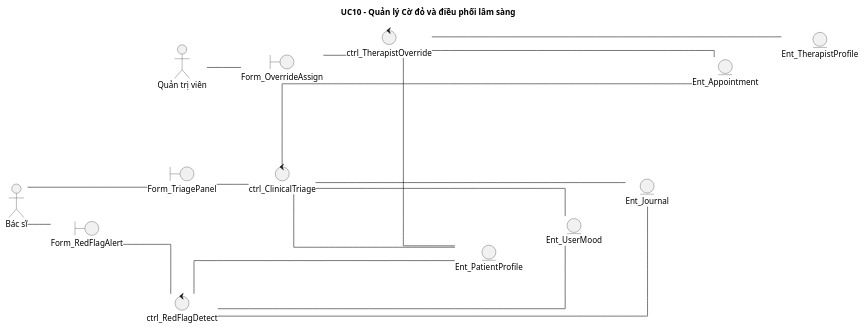
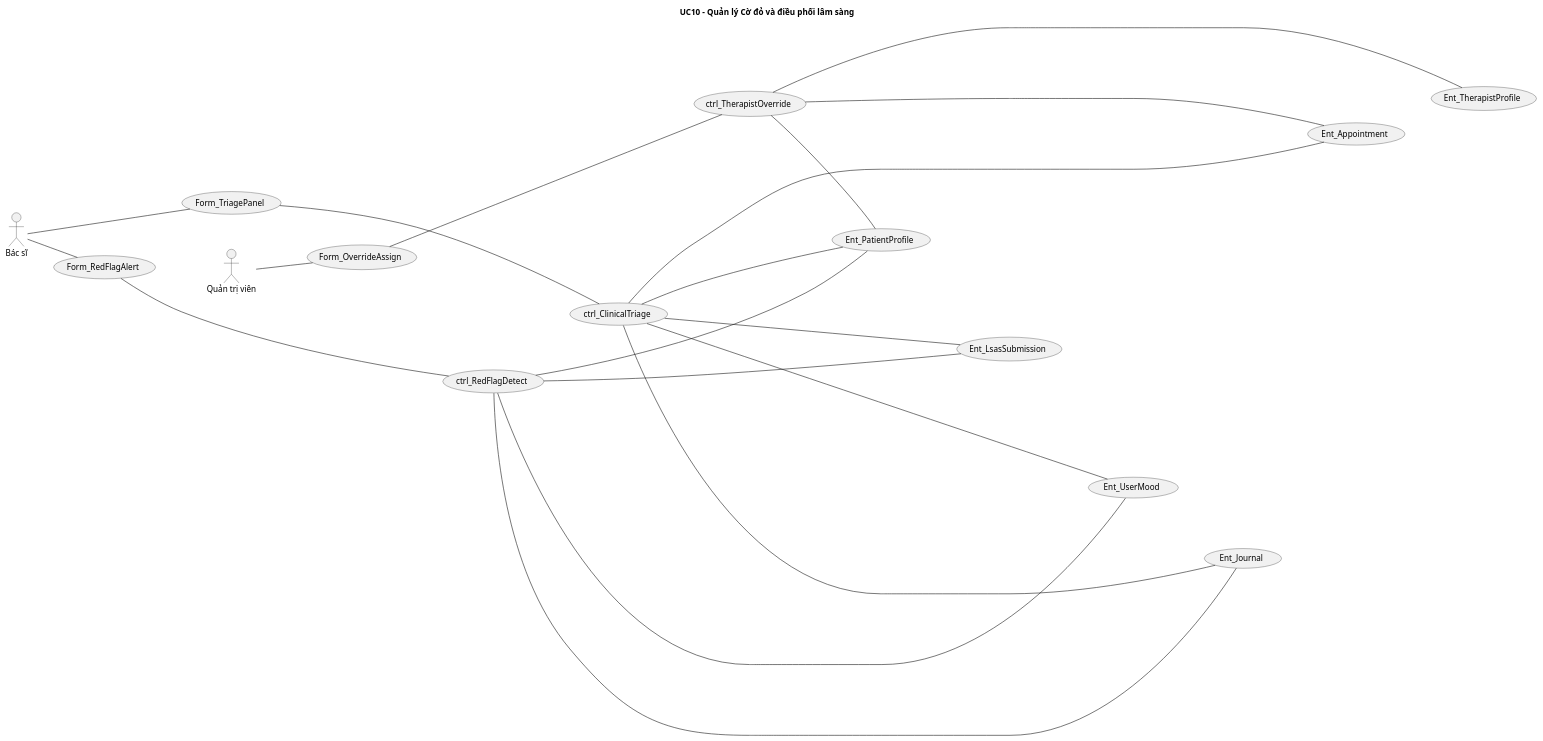
One commit to phuongtech24/do_an changed the diagram in docs/diagrams/Bieudolop/uc10_redflag_triage_bieudolop.puml. Above: the diagram before and after it, drawn with PlantUML. The commit also changed 61 other files, not shown here.

```diff
--- a/docs/diagrams/Bieudolop/uc10_redflag_triage_bieudolop.puml
+++ b/docs/diagrams/Bieudolop/uc10_redflag_triage_bieudolop.puml
@@ -1,47 +1,56 @@
 @startuml
 skinparam defaultFontName "Times New Roman"
 skinparam shadowing false
 skinparam monochrome true
-skinparam linetype ortho
-skinparam nodesep 45
-skinparam ranksep 40
+skinparam nodesep 60
+skinparam ranksep 45
+skinparam usecaseFontSize 14
 title UC10 - Quản lý Cờ đỏ và điều phối lâm sàng
 left to right direction
+
 actor "Quản trị viên" as A1
 actor "Bác sĩ" as A2
-boundary "Form_RedFlagAlert" as B1
-boundary "Form_TriagePanel" as B2
-boundary "Form_OverrideAssign" as B3
-control "ctrl_RedFlagDetect" as C1
-control "ctrl_ClinicalTriage" as C2
-control "ctrl_TherapistOverride" as C3
-entity "Ent_PatientProfile" as E1
-entity "Ent_UserMood" as E2
-entity "Ent_Journal" as E3
-entity "Ent_Appointment" as E4
-entity "Ent_TherapistProfile" as E5
-B1 -[hidden]down-> B2
-B2 -[hidden]down-> B3
-C1 -[hidden]down-> C2
-C2 -[hidden]down-> C3
+usecase "Form_RedFlagAlert" as B1
+usecase "Form_TriagePanel" as B2
+usecase "Form_OverrideAssign" as B3
+usecase "ctrl_RedFlagDetect" as C1
+usecase "ctrl_ClinicalTriage" as C2
+usecase "ctrl_TherapistOverride" as C3
+usecase "Ent_PatientProfile" as E1
+usecase "Ent_LsasSubmission" as E2
+usecase "Ent_UserMood" as E3
+usecase "Ent_Journal" as E4
+usecase "Ent_Appointment" as E5
+usecase "Ent_TherapistProfile" as E6
+
+B1 -[hidden]-> B2
+B2 -[hidden]-> B3
+B3 -[hidden]-> C1
+C1 -[hidden]-> C2
+C2 -[hidden]-> C3
+C3 -[hidden]-> E1
 E1 -[hidden]down-> E2
 E2 -[hidden]down-> E3
 E3 -[hidden]down-> E4
 E4 -[hidden]down-> E5
+E5 -[hidden]down-> E6
+
 A2 -- B1
 A2 -- B2
 A1 -- B3
 B1 -- C1
 B2 -- C2
 B3 -- C3
 C1 -- E1
 C1 -- E2
 C1 -- E3
+C1 -- E4
 C2 -- E1
 C2 -- E2
 C2 -- E3
 C2 -- E4
+C2 -- E5
 C3 -- E1
-C3 -- E4
 C3 -- E5
+C3 -- E6
 @enduml
```
